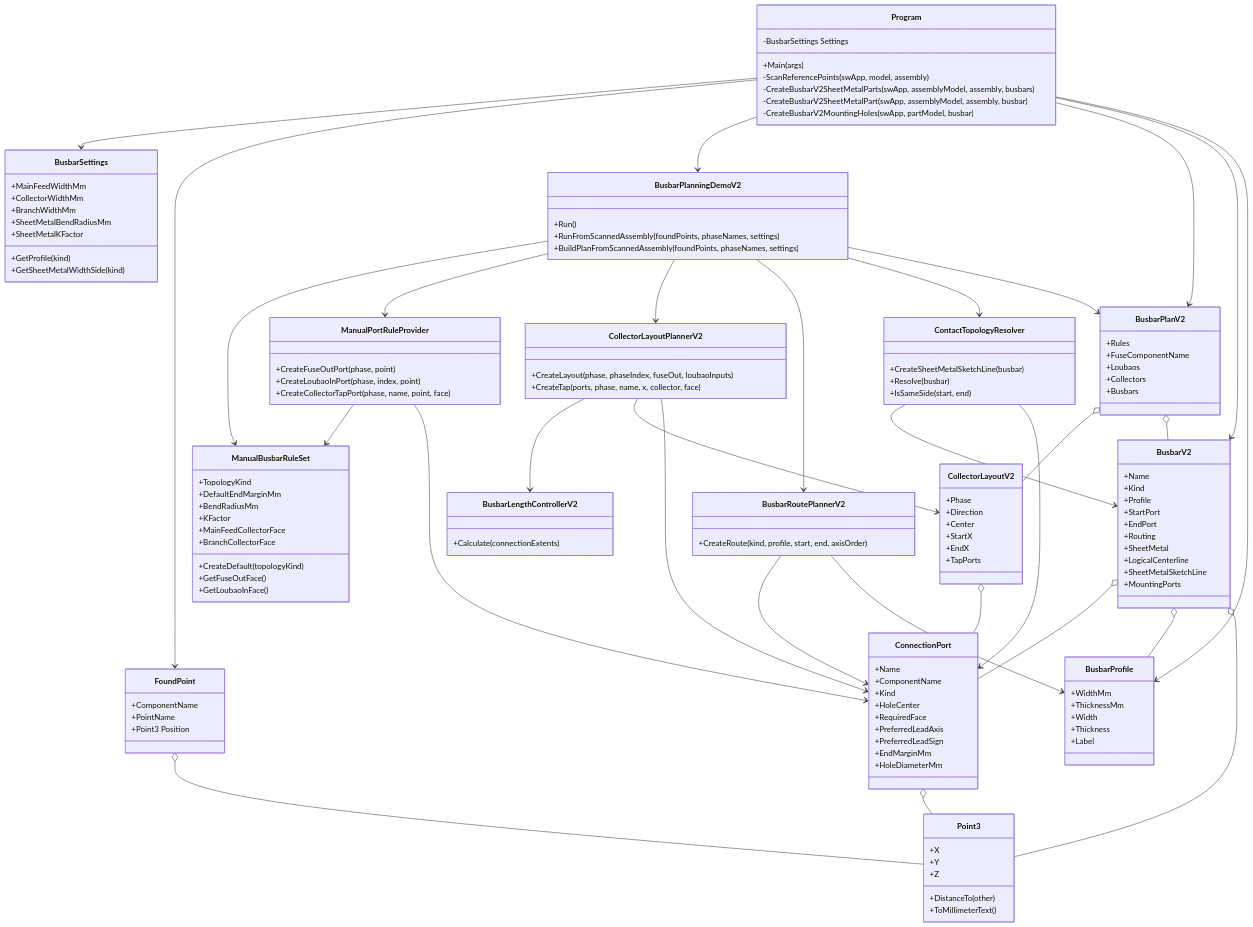
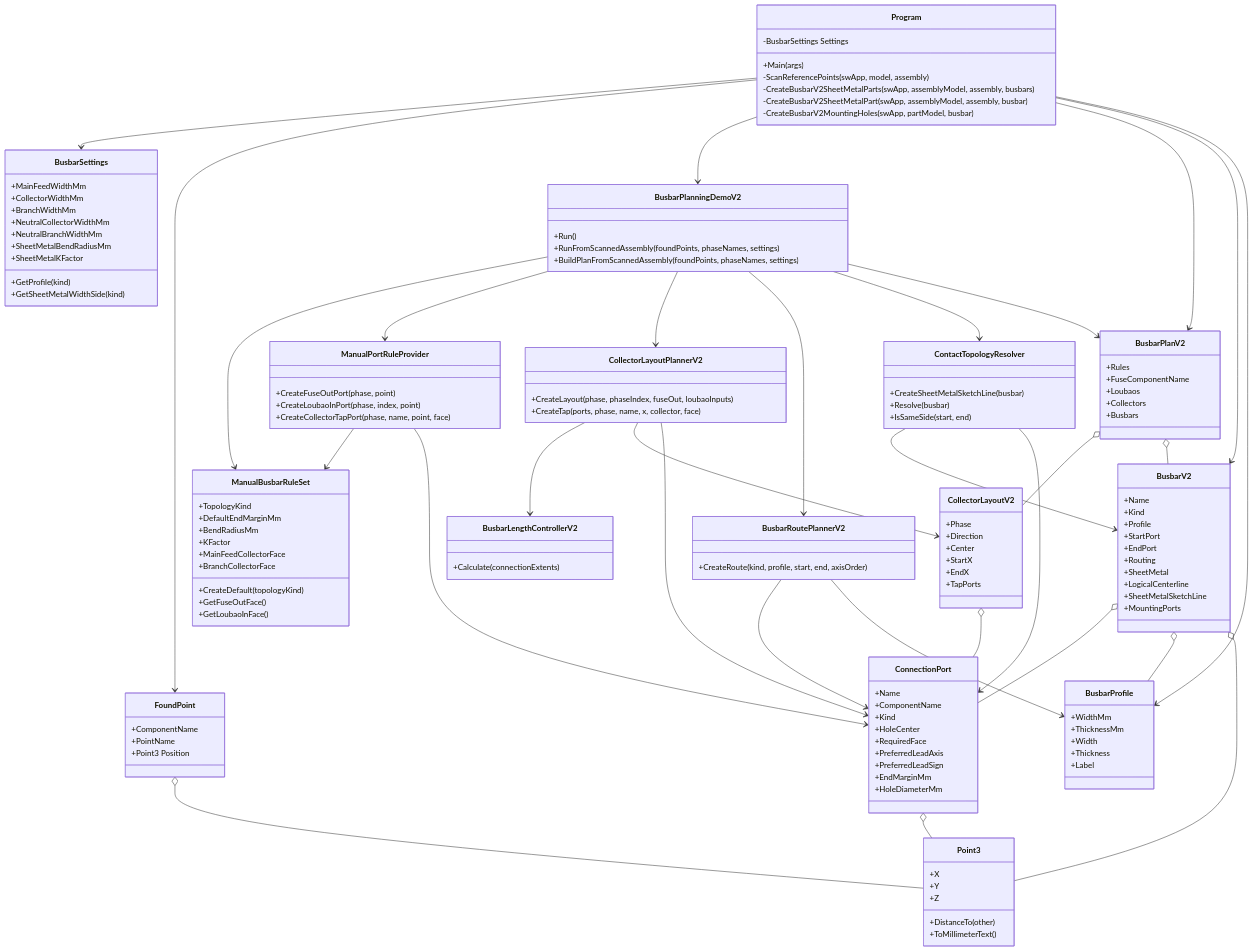
Before and after one commit to Tleide/solidworks-busbar-automation: the diagram in Architecture.md, drawn with Mermaid. The commit also changed other lines of this file and 6 other files, not shown here.

```diff
--- a/Architecture.md
+++ b/Architecture.md
@@ -232,6 +233,8 @@
         +MainFeedWidthMm
         +CollectorWidthMm
         +BranchWidthMm
+        +NeutralCollectorWidthMm
+        +NeutralBranchWidthMm
         +SheetMetalBendRadiusMm
         +SheetMetalKFactor
         +GetProfile(kind)
```
